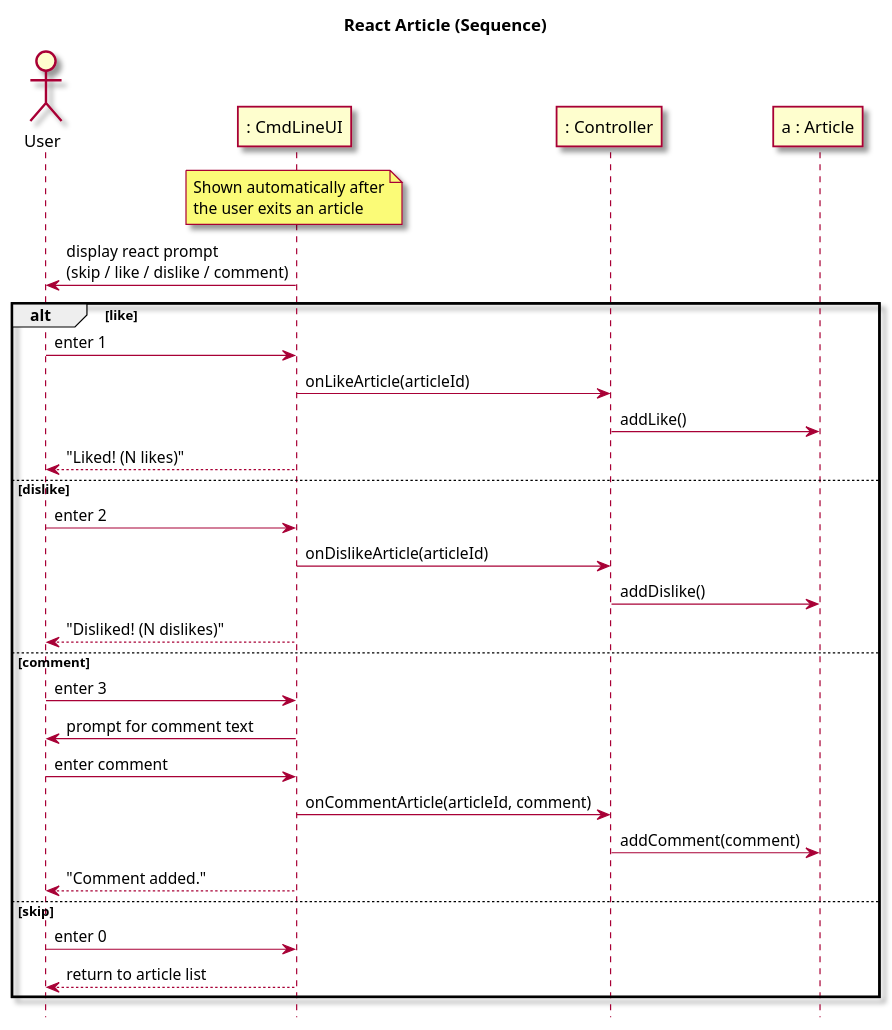
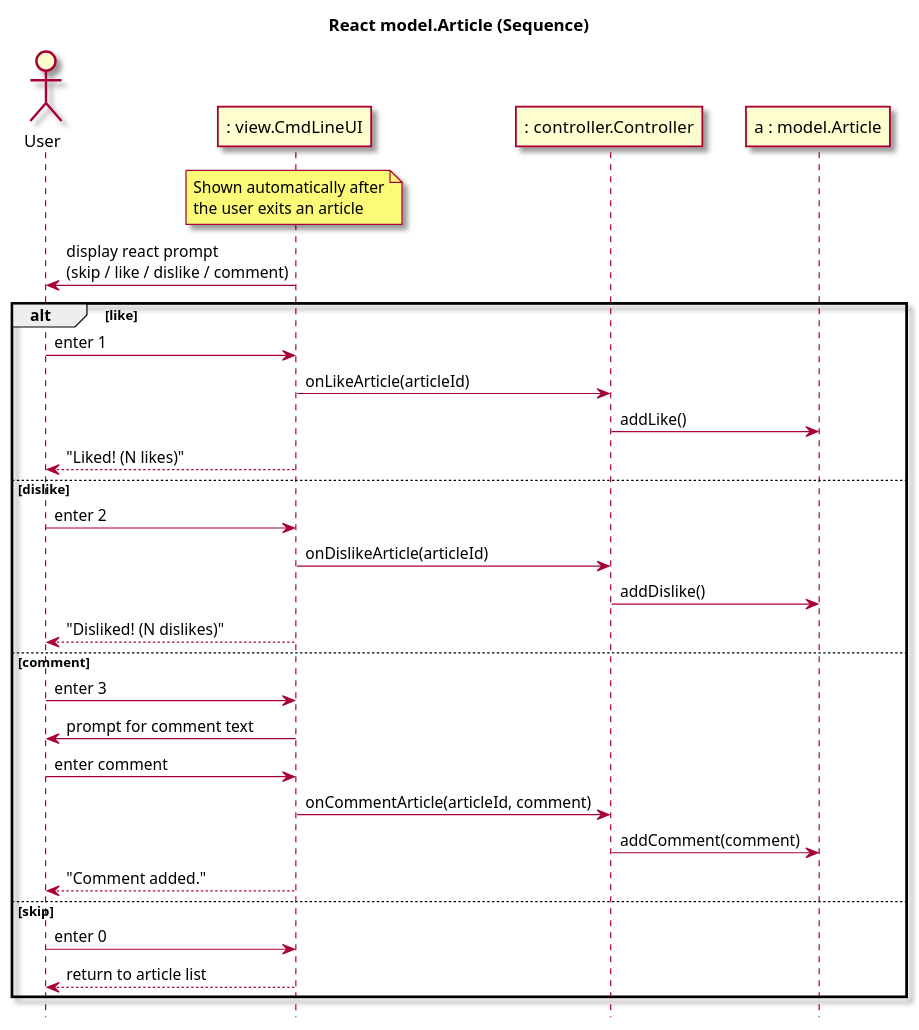
Before and after one commit to owhitleym-ui/EcoScoop: the second of 2 diagrams in intellij/doc/use-cases/react-article.md, drawn with PlantUML. The commit also changed other lines of this file and 72 other files, not shown here.

Commit message:
Refactored Code to Implemented Model View Controller

````diff
--- a/intellij/doc/use-cases/react-article.md
+++ b/intellij/doc/use-cases/react-article.md
@@ -79,43 +79,43 @@
 ```plantuml
 @startuml
 skin rose
 hide footbox
-title React Article (Sequence)
+title React model.Article (Sequence)
 
 actor User
-participant ": CmdLineUI" as UI
-participant ": Controller" as Controller
-participant "a : Article" as Article
+participant ": view.CmdLineUI" as view.UI
+participant ": controller.Controller" as controller.Controller
+participant "a : model.Article" as model.Article
 
-note over UI : Shown automatically after\nthe user exits an article
+note over view.UI : Shown automatically after\nthe user exits an article
 
-UI -> User : display react prompt\n(skip / like / dislike / comment)
+view.UI -> User : display react prompt\n(skip / like / dislike / comment)
 
 alt like
-    User -> UI : enter 1
-    UI -> Controller : onLikeArticle(articleId)
-    Controller -> Article : addLike()
-    UI --> User : "Liked! (N likes)"
+    User -> view.UI : enter 1
+    view.UI -> controller.Controller : onLikeArticle(articleId)
+    controller.Controller -> model.Article : addLike()
+    view.UI --> User : "Liked! (N likes)"
 
 else dislike
-    User -> UI : enter 2
-    UI -> Controller : onDislikeArticle(articleId)
-    Controller -> Article : addDislike()
-    UI --> User : "Disliked! (N dislikes)"
+    User -> view.UI : enter 2
+    view.UI -> controller.Controller : onDislikeArticle(articleId)
+    controller.Controller -> model.Article : addDislike()
+    view.UI --> User : "Disliked! (N dislikes)"
 
 else comment
-    User -> UI : enter 3
-    UI -> User : prompt for comment text
-    User -> UI : enter comment
-    UI -> Controller : onCommentArticle(articleId, comment)
-    Controller -> Article : addComment(comment)
-    UI --> User : "Comment added."
+    User -> view.UI : enter 3
+    view.UI -> User : prompt for comment text
+    User -> view.UI : enter comment
+    view.UI -> controller.Controller : onCommentArticle(articleId, comment)
+    controller.Controller -> model.Article : addComment(comment)
+    view.UI --> User : "Comment added."
 
 else skip
-    User -> UI : enter 0
-    UI --> User : return to article list
+    User -> view.UI : enter 0
+    view.UI --> User : return to article list
 
 end
 
 @enduml
 ```
````
